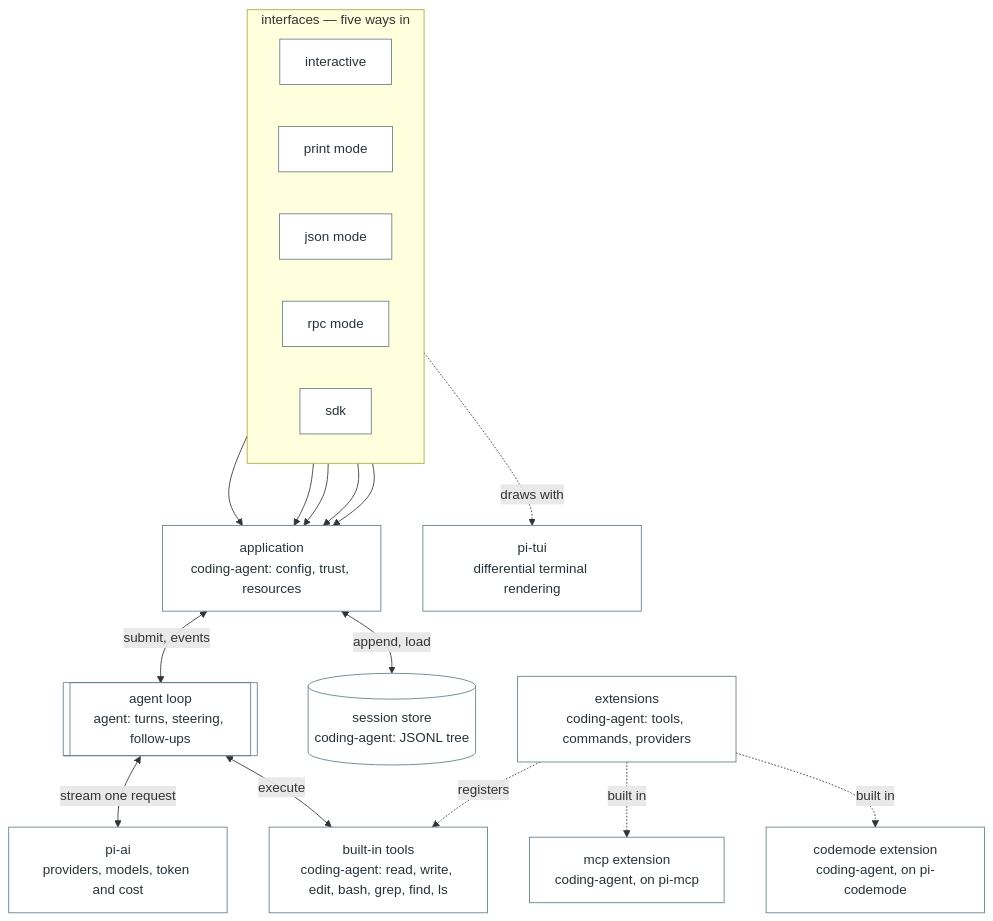
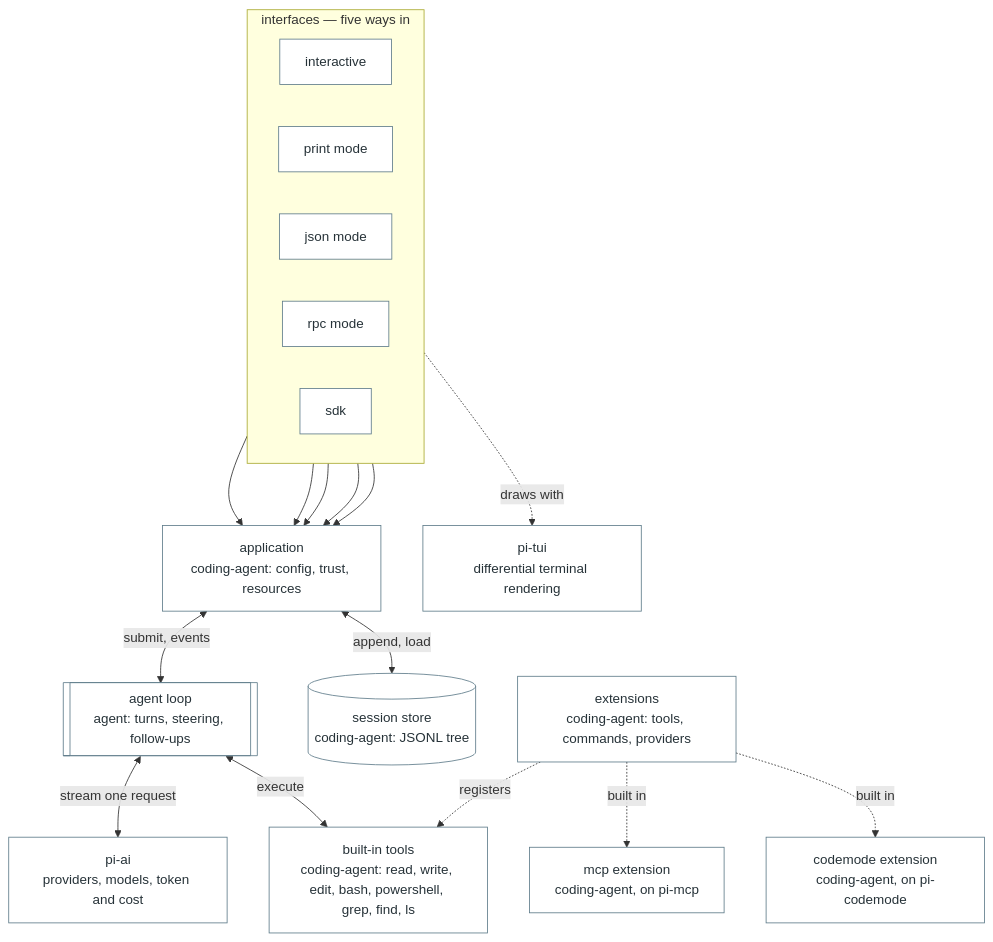
The first of 2 diagrams in README.md (OverbearingPearl/pearl), drawn with Mermaid before and after one commit. The commit also changed other lines of this file, not shown here.

First line of the commit message:
Count the eighth built-in tool, and say what two edges do

````diff
--- a/README.md
+++ b/README.md
@@ -168,35 +168,35 @@
 ```mermaid
 flowchart TB
   subgraph ifaces["interfaces — five ways in"]
     direction LR
     i_tui["interactive"]
     i_print["print mode"]
     i_json["json mode"]
     i_rpc["rpc mode"]
     i_sdk["sdk"]
   end
   a_shell["application<br/>coding-agent: config, trust, resources"]
-  a_tools["built-in tools<br/>coding-agent: read, write, edit, bash, grep, find, ls"]
+  a_tools["built-in tools<br/>coding-agent: read, write, edit, bash, powershell, grep, find, ls"]
   a_ext["extensions<br/>coding-agent: tools, commands, providers"]
   a_store[("session store<br/>coding-agent: JSONL tree")]
   l_loop[["agent loop<br/>agent: turns, steering, follow-ups"]]
   ai["pi-ai<br/>providers, models, token and cost"]
   tui["pi-tui<br/>differential terminal rendering"]
   mcp["mcp extension<br/>coding-agent, on pi-mcp"]
   codemode["codemode extension<br/>coding-agent, on pi-codemode"]
   i_tui --> a_shell
   i_print --> a_shell
   i_json --> a_shell
   i_rpc --> a_shell
   i_sdk --> a_shell
   i_tui -.->|draws with| tui
   a_shell <-->|submit, events| l_loop
   l_loop <-->|stream one request| ai
   l_loop <-->|execute| a_tools
   a_shell <-->|append, load| a_store
   a_ext -.->|registers| a_tools
   a_ext -.->|built in| mcp
   a_ext -.->|built in| codemode
   classDef base fill:#ffffff,stroke:#607d8b,color:#263238
   class i_tui,i_print,i_json,i_rpc,i_sdk,a_shell,a_tools,a_ext,a_store,l_loop,ai,tui,mcp,codemode base
 ```
````
